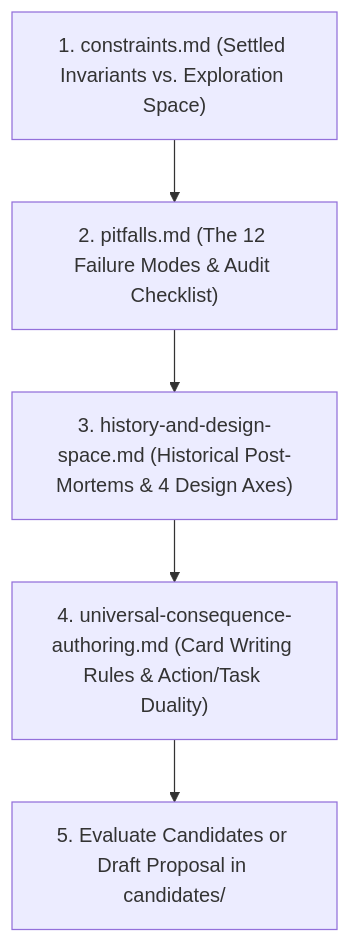
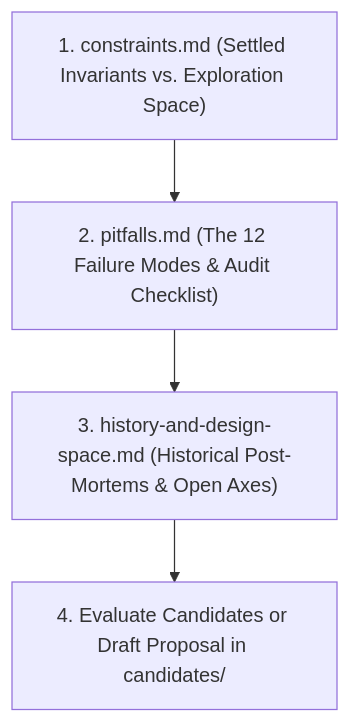
One commit to tdimiduk/cardpg changed the diagram in design/iteration/resolution/README.md. Above: the diagram before and after it, drawn with Mermaid. The commit also changed other lines of this file and 1 other file, not shown here.

````diff
--- a/design/iteration/resolution/README.md
+++ b/design/iteration/resolution/README.md
@@ -21,7 +27,6 @@
 ```mermaid
 flowchart TD
     A["1. constraints.md (Settled Invariants vs. Exploration Space)"] --> B["2. pitfalls.md (The 12 Failure Modes & Audit Checklist)"]
-    B --> C["3. history-and-design-space.md (Historical Post-Mortems & 4 Design Axes)"]
-    C --> D["4. universal-consequence-authoring.md (Card Writing Rules & Action/Task Duality)"]
-    D --> E["5. Evaluate Candidates or Draft Proposal in candidates/"]
+    B --> C["3. history-and-design-space.md (Historical Post-Mortems & Open Axes)"]
+    C --> D["4. Evaluate Candidates or Draft Proposal in candidates/"]
 ```
````
